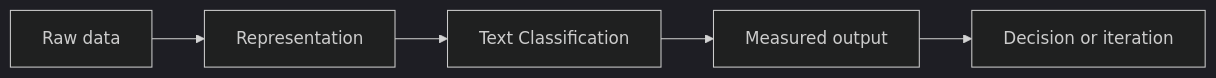
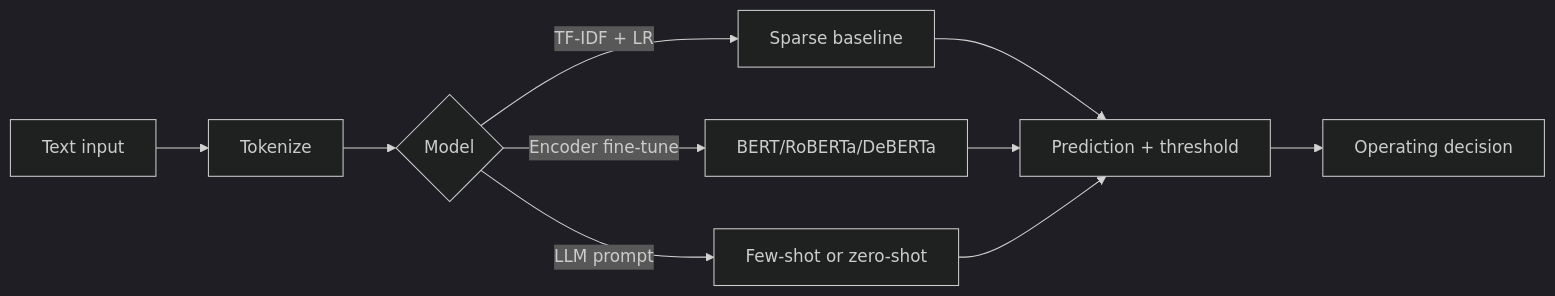
The diagram in nlp/08-text-classification.md (Icon1cc/Machine-Learning), drawn with Mermaid (dark theme) before and after one commit. The commit also changed other lines of this file and 264 other files, not shown here.

````diff
--- a/nlp/08-text-classification.md
+++ b/nlp/08-text-classification.md
@@ -92,7 +264,12 @@
 ```mermaid
 flowchart LR
-    A[Raw data] --> B[Representation]
-    B --> C[Text Classification]
-    C --> D[Measured output]
-    D --> E[Decision or iteration]
+    T[Text input] --> Tk[Tokenize]
+    Tk --> M{Model}
+    M -- TF-IDF + LR --> S[Sparse baseline]
+    M -- Encoder fine-tune --> E[BERT/RoBERTa/DeBERTa]
+    M -- LLM prompt --> L[Few-shot or zero-shot]
+    S --> P[Prediction + threshold]
+    E --> P
+    L --> P
+    P --> Op[Operating decision]
 ```
````
